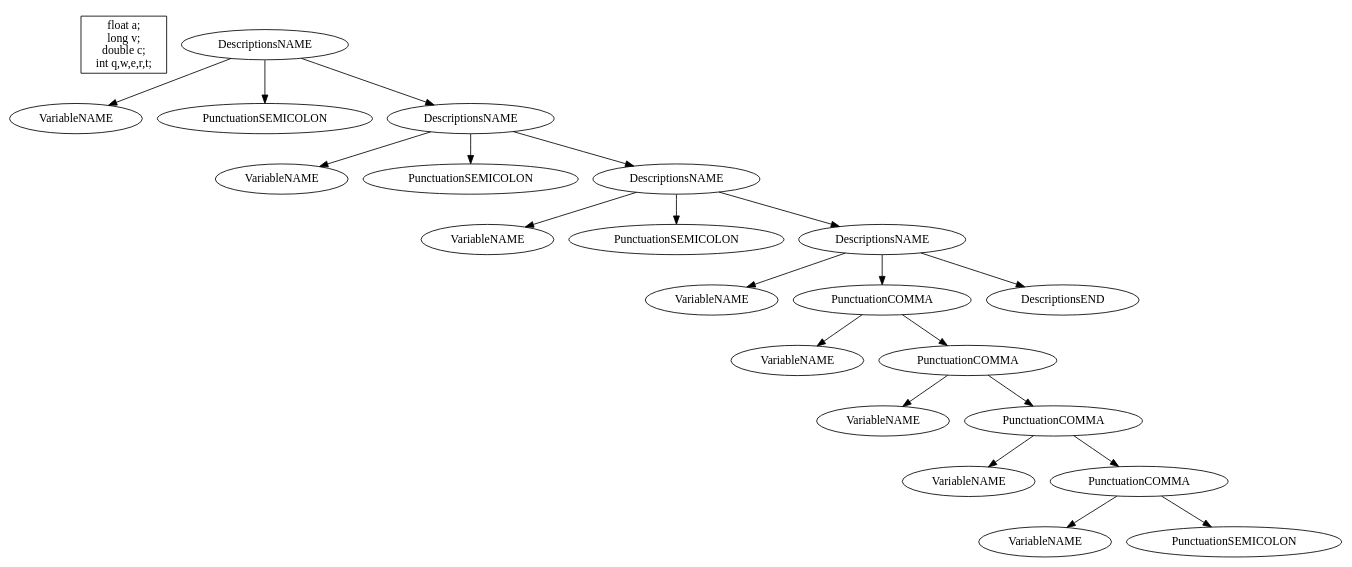
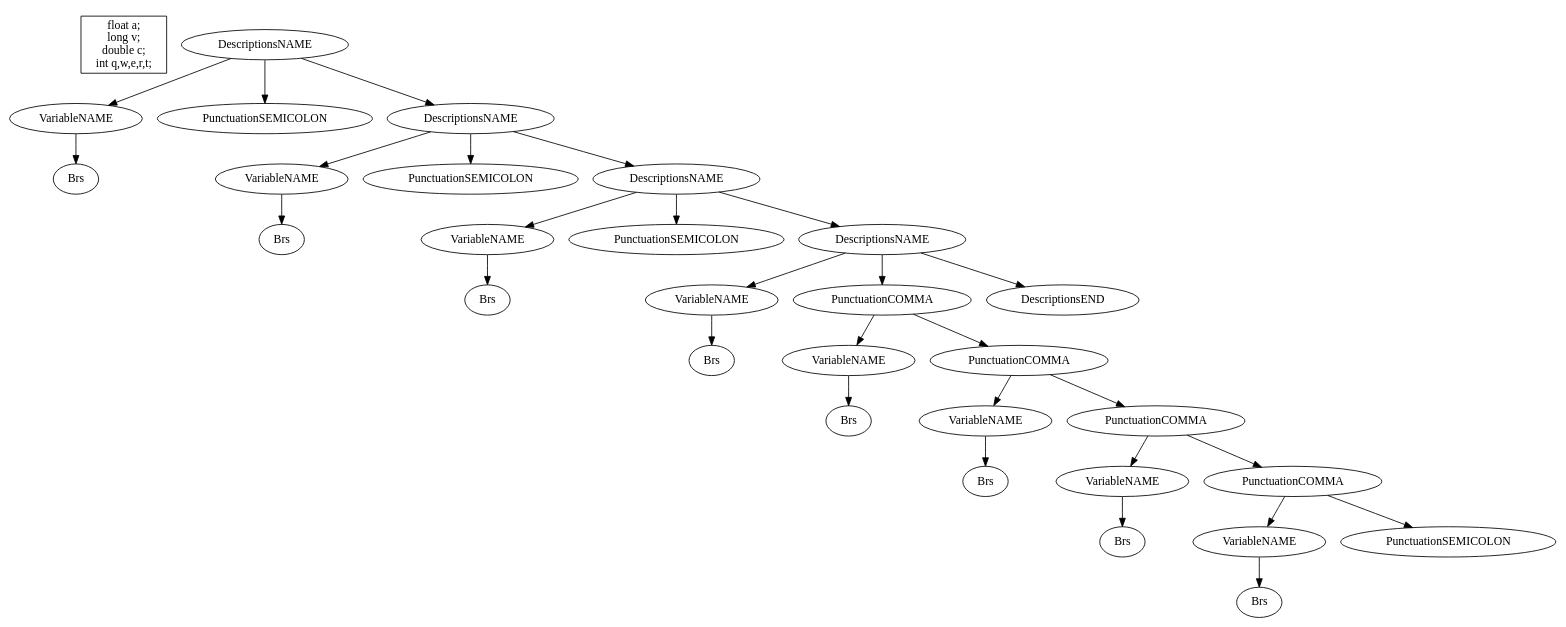
Before and after one commit to DubKoldun/university-courses: the diagram in TranslationMethods/RecursiveParsing/tree/tree3.dot, drawn with Graphviz. The commit also changed 6 other files, not shown here.

Commit message:
✅ generated dotfiles for graphivz

```diff
--- a/TranslationMethods/RecursiveParsing/tree/tree3.dot
+++ b/TranslationMethods/RecursiveParsing/tree/tree3.dot
@@ -1,50 +1,66 @@
 digraph G { 
 	subgraph clusterHeader {
 		margin=0
 		style="invis"
 		HEADER [shape="box" label="float a;
 long v;
 double c;
 int q,w,e,r,t;"];
 	}	1->2;
-	1->3;
+	2->3;
 	1->4;
-	4->5;
-	4->6;
-	4->7;
-	7->8;
-	7->9;
-	7->10;
+	1->5;
+	5->6;
+	6->7;
+	5->8;
+	5->9;
+	9->10;
 	10->11;
-	10->12;
-	12->13;
-	12->14;
+	9->12;
+	9->13;
+	13->14;
 	14->15;
-	14->16;
+	13->16;
 	16->17;
-	16->18;
-	18->19;
-	18->20;
-	10->21;
+	17->18;
+	16->19;
+	19->20;
+	20->21;
+	19->22;
+	22->23;
+	23->24;
+	22->25;
+	25->26;
+	26->27;
+	25->28;
+	13->29;
 	1[label=DescriptionsNAME];
 	2[label=VariableNAME];
-	3[label=PunctuationSEMICOLON];
-	4[label=DescriptionsNAME];
-	5[label=VariableNAME];
-	6[label=PunctuationSEMICOLON];
-	7[label=DescriptionsNAME];
-	8[label=VariableNAME];
-	9[label=PunctuationSEMICOLON];
-	10[label=DescriptionsNAME];
-	11[label=VariableNAME];
-	12[label=PunctuationCOMMA];
-	13[label=VariableNAME];
-	14[label=PunctuationCOMMA];
-	15[label=VariableNAME];
+	3[label=Brs];
+	4[label=PunctuationSEMICOLON];
+	5[label=DescriptionsNAME];
+	6[label=VariableNAME];
+	7[label=Brs];
+	8[label=PunctuationSEMICOLON];
+	9[label=DescriptionsNAME];
+	10[label=VariableNAME];
+	11[label=Brs];
+	12[label=PunctuationSEMICOLON];
+	13[label=DescriptionsNAME];
+	14[label=VariableNAME];
+	15[label=Brs];
 	16[label=PunctuationCOMMA];
 	17[label=VariableNAME];
-	18[label=PunctuationCOMMA];
-	19[label=VariableNAME];
-	20[label=PunctuationSEMICOLON];
-	21[label=DescriptionsEND];
+	18[label=Brs];
+	19[label=PunctuationCOMMA];
+	20[label=VariableNAME];
+	21[label=Brs];
+	22[label=PunctuationCOMMA];
+	23[label=VariableNAME];
+	24[label=Brs];
+	25[label=PunctuationCOMMA];
+	26[label=VariableNAME];
+	27[label=Brs];
+	28[label=PunctuationSEMICOLON];
+	29[label=DescriptionsEND];
 }
```
